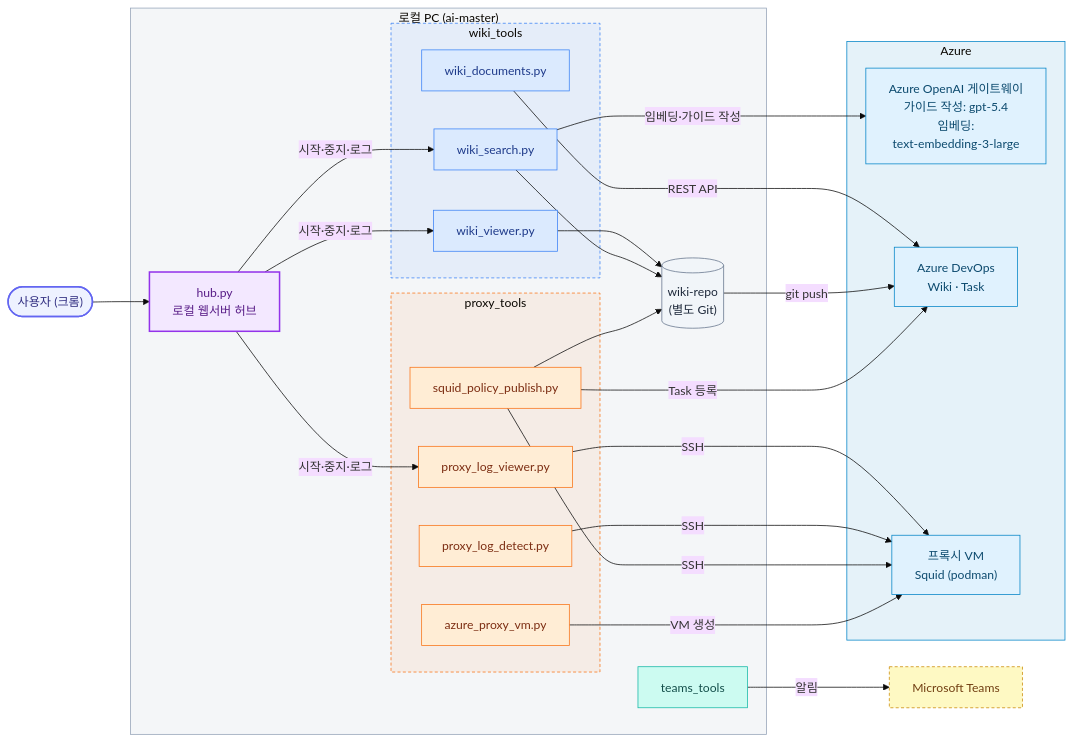
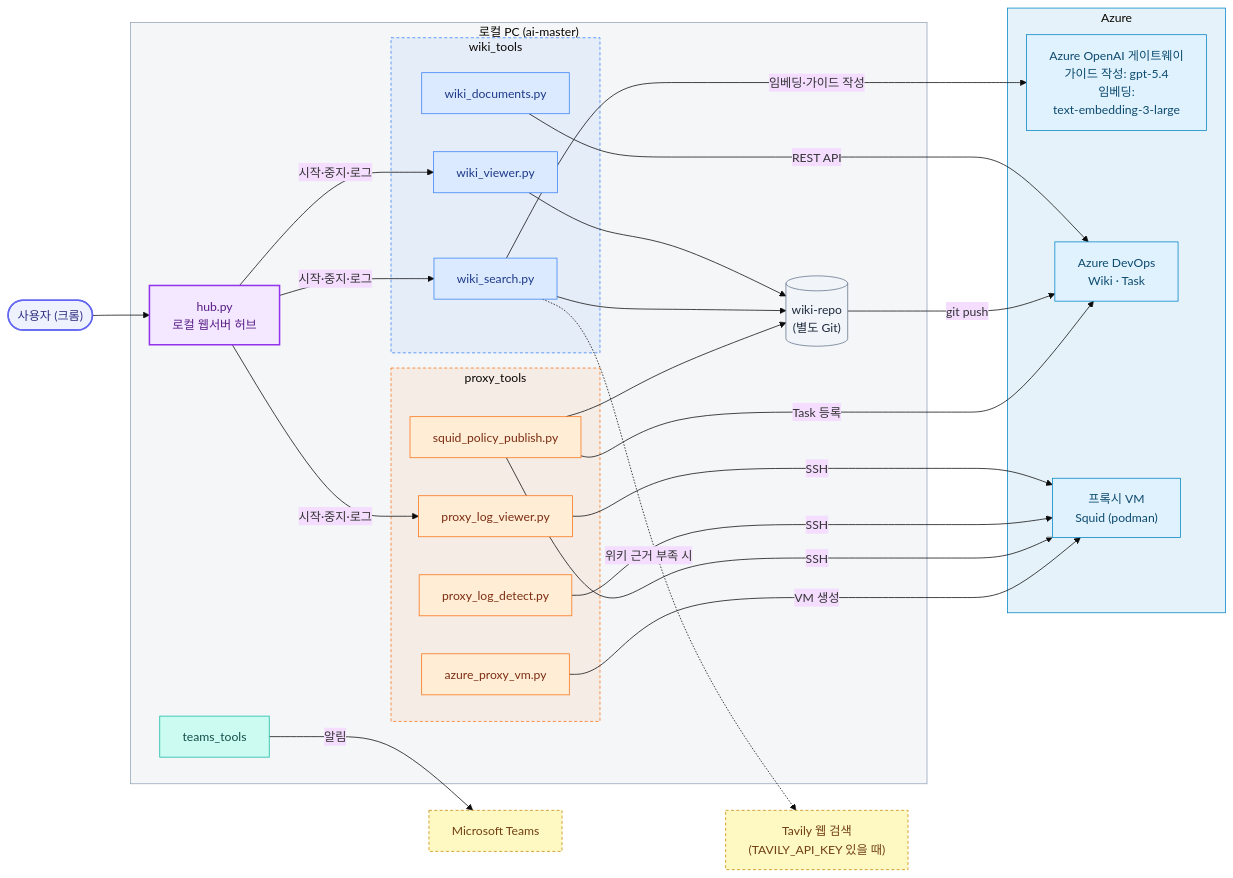
Before and after one commit to pcmola/ai-master: the first of 7 diagrams in README.md, drawn with Mermaid (base theme). The commit also changed other lines of this file and 7 other files, not shown here.

````diff
--- a/README.md
+++ b/README.md
@@ -19,61 +19,63 @@
 ```mermaid
 flowchart LR
     user(["사용자 (크롬)"])
 
     subgraph local["로컬 PC (ai-master)"]
         hub["hub.py<br/>로컬 웹서버 허브"]
         subgraph wiki_tools
             viewer["wiki_viewer.py"]
             search["wiki_search.py"]
             docs["wiki_documents.py"]
         end
         subgraph proxy_tools
             logviewer["proxy_log_viewer.py"]
             detect["proxy_log_detect.py"]
             publish["squid_policy_publish.py"]
             vmtool["azure_proxy_vm.py"]
         end
         teams["teams_tools"]
         repo[("wiki-repo<br/>(별도 Git)")]
     end
 
     subgraph azure["Azure"]
         openai["Azure OpenAI 게이트웨이<br/>가이드 작성: gpt-5.4<br/>임베딩:<br/>text-embedding-3-large"]
         devops["Azure DevOps<br/>Wiki · Task"]
         vm["프록시 VM<br/>Squid (podman)"]
     end
     msteams["Microsoft Teams"]
+    tavily["Tavily 웹 검색<br/>(TAVILY_API_KEY 있을 때)"]
 
     user --> hub
     hub -- "시작·중지·로그" --> viewer & search & logviewer
     viewer & search --> repo
     search -- "임베딩·가이드 작성" --> openai
+    search -. "위키 근거 부족 시" .-> tavily
     docs -- "REST API" --> devops
     repo -- "git push" --> devops
     logviewer & detect & publish -- "SSH" --> vm
     publish -- "Task 등록" --> devops
     publish --> repo
     vmtool -- "VM 생성" --> vm
     teams -- "알림" --> msteams
 
     classDef user fill:#EEF2FF,stroke:#6366F1,stroke-width:2px,color:#312E81
     classDef hub fill:#F3E8FF,stroke:#9333EA,stroke-width:2px,color:#581C87
     classDef wiki fill:#DBEAFE,stroke:#3B82F6,color:#1E3A8A
     classDef proxy fill:#FFEDD5,stroke:#F97316,color:#7C2D12
     classDef teams fill:#CCFBF1,stroke:#14B8A6,color:#134E4A
     classDef store fill:#F1F5F9,stroke:#64748B,color:#1E293B
     classDef cloud fill:#E0F2FE,stroke:#0284C7,color:#0C4A6E
     classDef ext fill:#FEF9C3,stroke:#CA8A04,stroke-dasharray:4 3,color:#713F12
     class user user
     class hub hub
     class viewer,search,docs wiki
     class logviewer,detect,publish,vmtool proxy
     class teams teams
     class repo store
     class openai,devops,vm cloud
-    class msteams ext
+    class msteams,tavily ext
     style local fill:#94A3B81A,stroke:#94A3B8
     style wiki_tools fill:#3B82F614,stroke:#3B82F6,stroke-dasharray:4 3
     style proxy_tools fill:#F9731614,stroke:#F97316,stroke-dasharray:4 3
     style azure fill:#0284C71A,stroke:#0284C7
 ```
````
